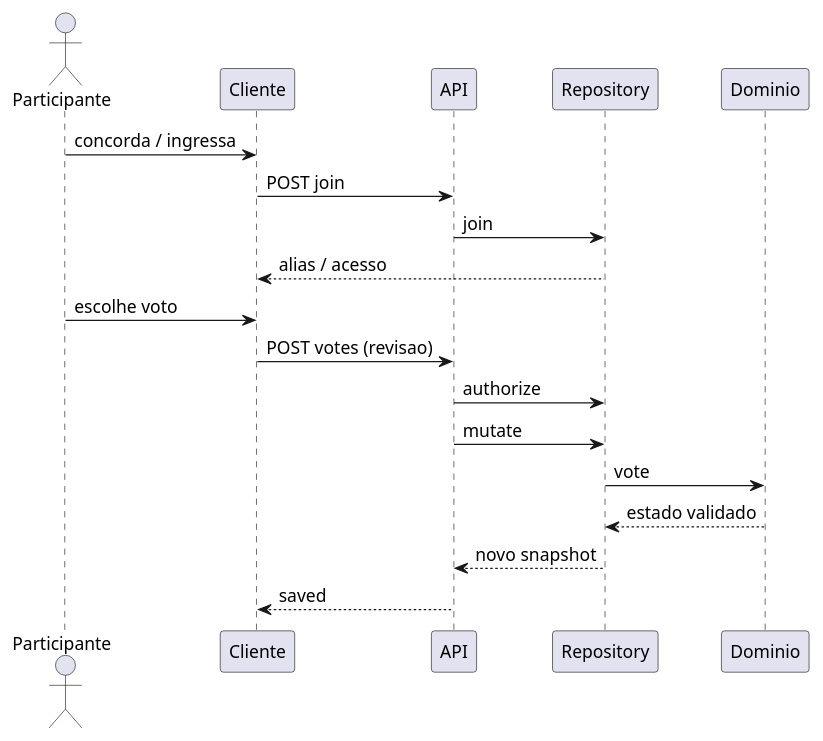
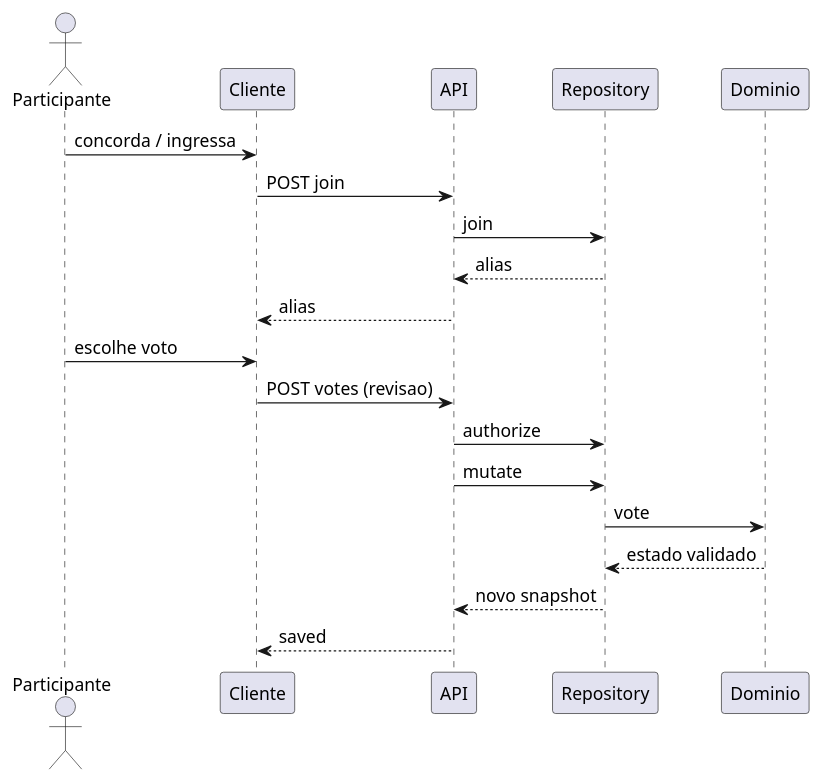
Before and after one commit to MRmoratelli/tcc-decisao-coletiva: the diagram in prototype-v2/docs/entrega-academica/diagramas/F09.puml, drawn with PlantUML. The commit also changed 9 other files, not shown here.

```diff
--- a/prototype-v2/docs/entrega-academica/diagramas/F09.puml
+++ b/prototype-v2/docs/entrega-academica/diagramas/F09.puml
@@ -1,22 +1,23 @@
 @startuml
 skinparam defaultFontSize 14
 skinparam shadowing false
 skinparam backgroundColor white
 actor Participante as P
 participant Cliente as C
 participant API
 participant Repository as R
 participant Dominio as D
 P -> C : concorda / ingressa
 C -> API : POST join
 API -> R : join
-R --> C : alias / acesso
+R --> API : alias
+API --> C : alias
 P -> C : escolhe voto
 C -> API : POST votes (revisao)
 API -> R : authorize
 API -> R : mutate
 R -> D : vote
 D --> R : estado validado
 R --> API : novo snapshot
 API --> C : saved
 @enduml
```
